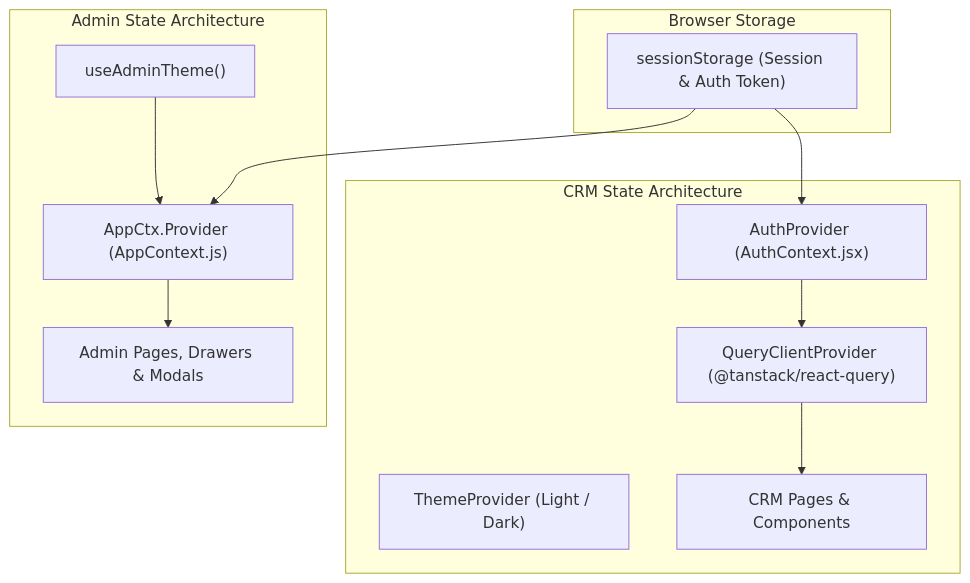
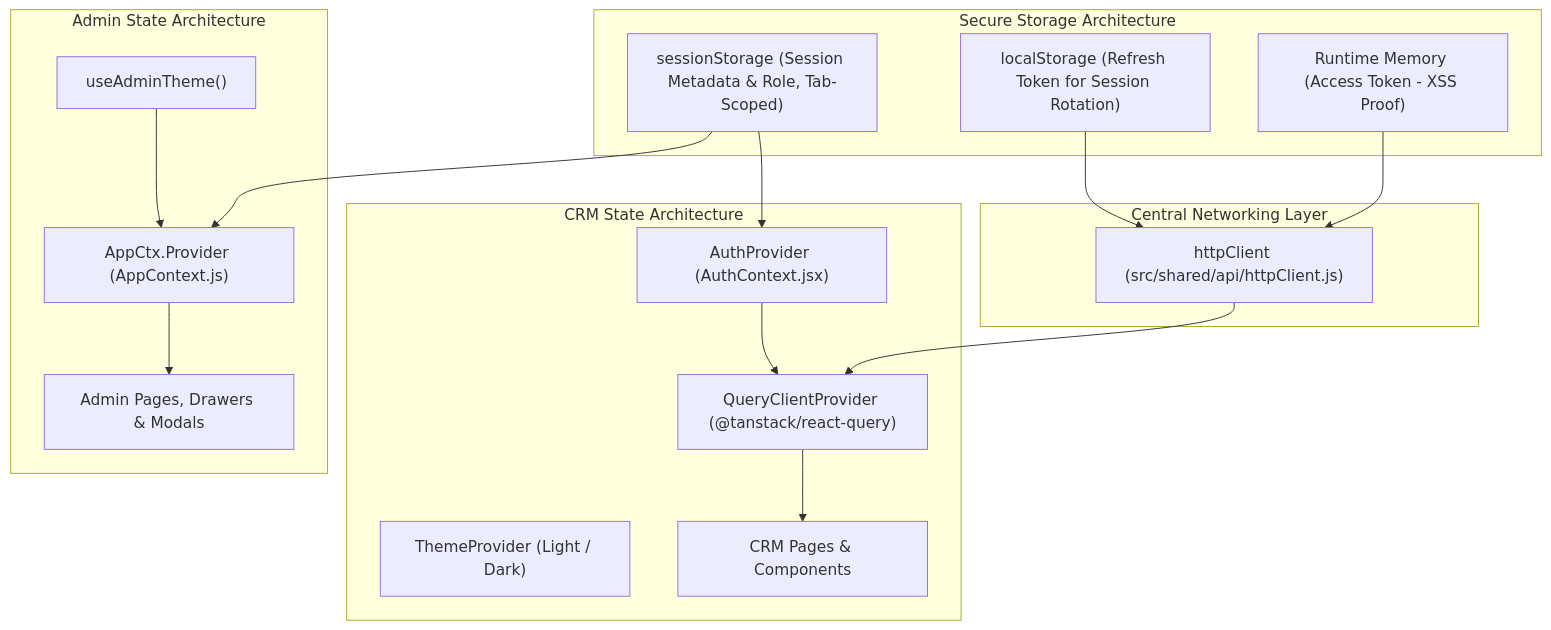
Before and after one commit to Bineesh627/Fitaval: the fourth of 6 diagrams in docs/STATE_AND_ROUTING.md, drawn with Mermaid. The commit also changed other lines of this file and 9 other files, not shown here.

````diff
--- a/docs/STATE_AND_ROUTING.md
+++ b/docs/STATE_AND_ROUTING.md
@@ -113,25 +119,34 @@
 ```mermaid
 graph TD
-    subgraph Browser Storage
-        SS["sessionStorage (Session & Auth Token)"]
+    subgraph Secure Storage Architecture
+        MEM["Runtime Memory (Access Token - XSS Proof)"]
+        SS["sessionStorage (Session Metadata & Role, Tab-Scoped)"]
+        LS["localStorage (Refresh Token for Session Rotation)"]
+    end
+
+    subgraph Central Networking Layer
+        HTTP["httpClient (src/shared/api/httpClient.js)"]
+        MEM --> HTTP
+        LS --> HTTP
     end
 
     subgraph CRM State Architecture
         AC["AuthProvider (AuthContext.jsx)"]
         QC["QueryClientProvider (@tanstack/react-query)"]
         TC["ThemeProvider (Light / Dark)"]
         
         SS --> AC
+        HTTP --> QC
         AC --> QC
         QC --> CRM_UI["CRM Pages & Components"]
     end
 
     subgraph Admin State Architecture
         ADMIN_CTX["AppCtx.Provider (AppContext.js)"]
         THEME_ADM["useAdminTheme()"]
         
         SS --> ADMIN_CTX
         THEME_ADM --> ADMIN_CTX
         ADMIN_CTX --> ADM_UI["Admin Pages, Drawers & Modals"]
     end
 ```
````
